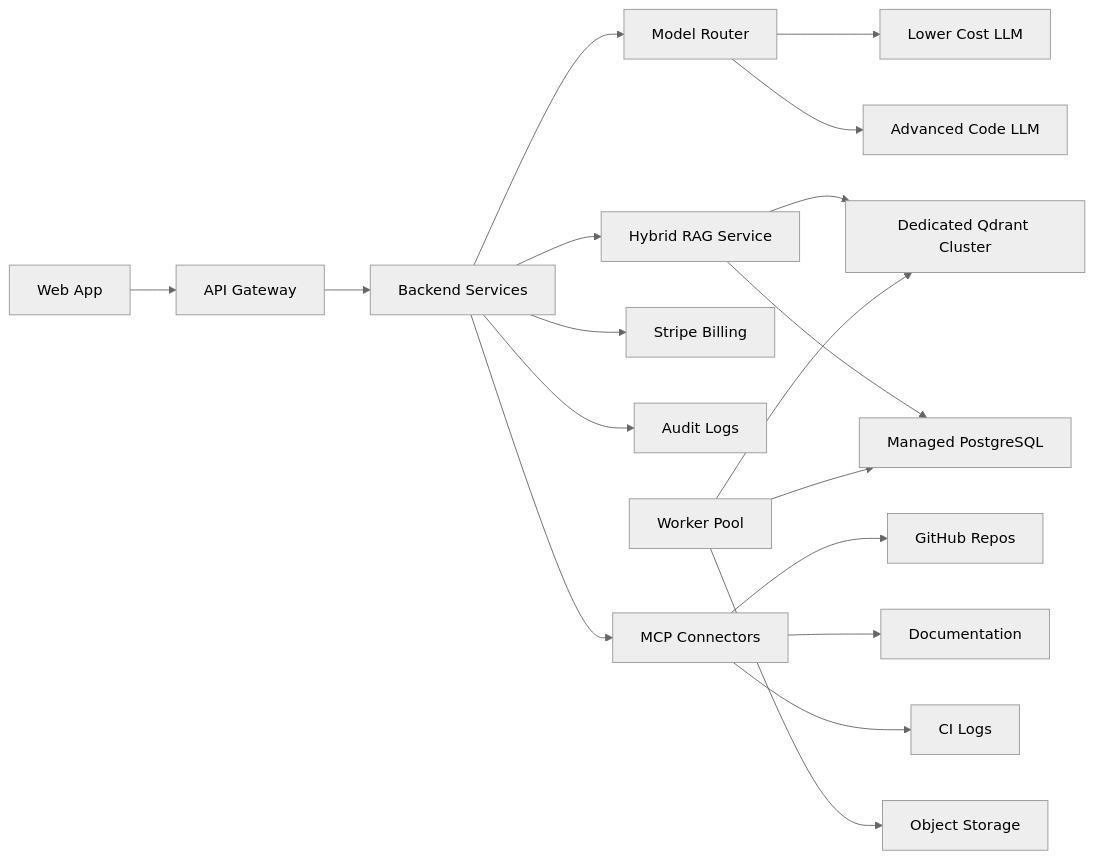
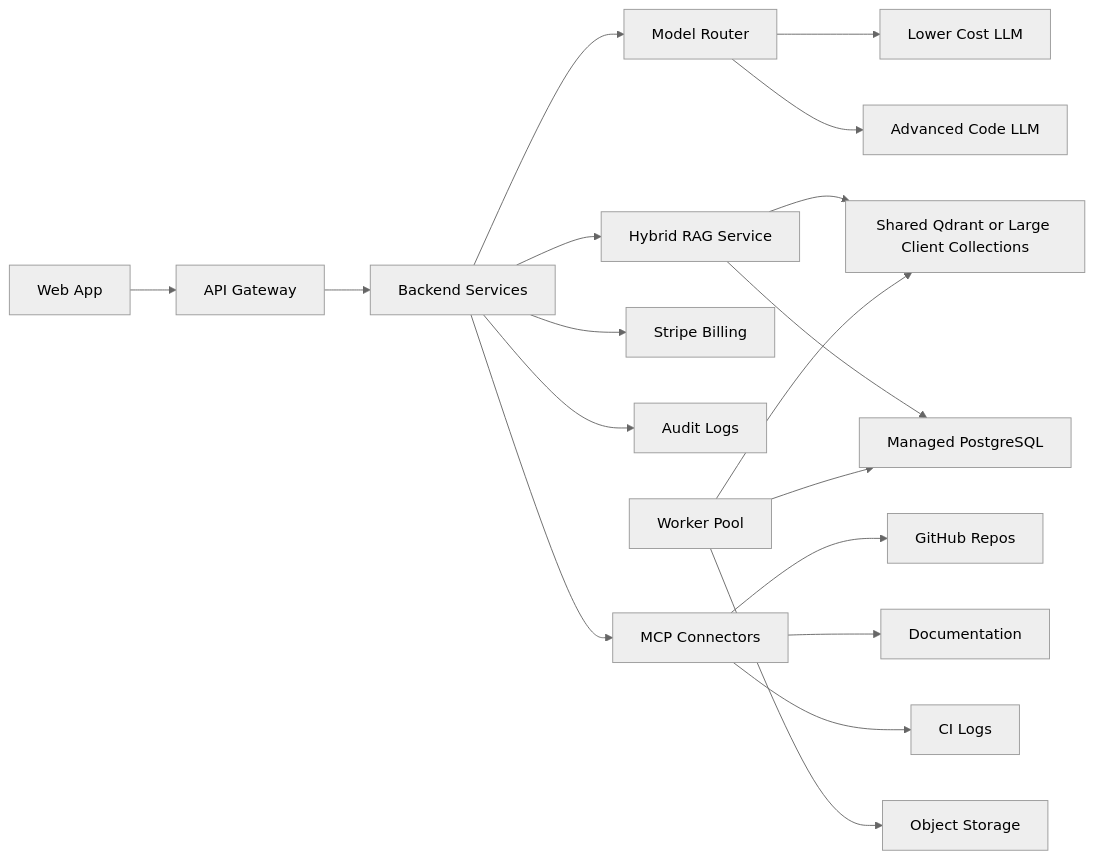
One commit to faizulkhan56/custom-code-helper-business-plan changed the diagram in diagrams/05-phase1-architecture.mmd. Above: the diagram before and after it, drawn with Mermaid (neutral theme). The commit also changed 4 other files, not shown here.

```diff
--- a/diagrams/05-phase1-architecture.mmd
+++ b/diagrams/05-phase1-architecture.mmd
@@ -1,18 +1,18 @@
 flowchart LR
     UI[Web App] --> Gateway[API Gateway]
     Gateway --> App[Backend Services]
     App --> Router[Model Router]
     Router --> Cheap[Lower Cost LLM]
     Router --> Strong[Advanced Code LLM]
     App --> RAG[Hybrid RAG Service]
-    RAG --> Qdrant[Dedicated Qdrant Cluster]
+    RAG --> Qdrant[Shared Qdrant or Large Client Collections]
     RAG --> PG[Managed PostgreSQL]
     App --> Billing[Stripe Billing]
     App --> Audit[Audit Logs]
     App --> MCP[MCP Connectors]
     MCP --> GitHub[GitHub Repos]
     MCP --> Docs[Documentation]
     MCP --> CI[CI Logs]
     Workers[Worker Pool] --> Qdrant
     Workers --> PG
     Workers --> Storage[Object Storage]
```
